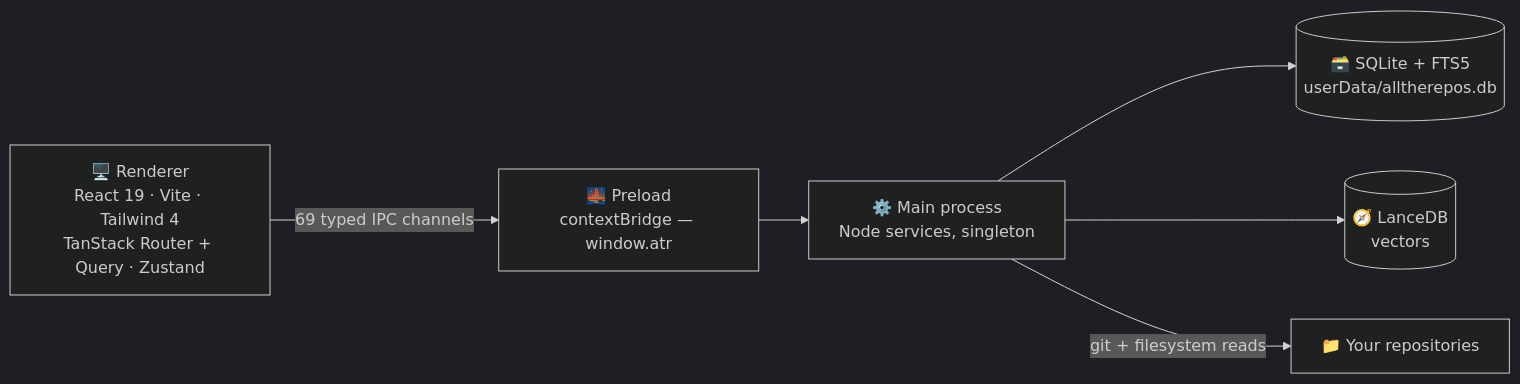
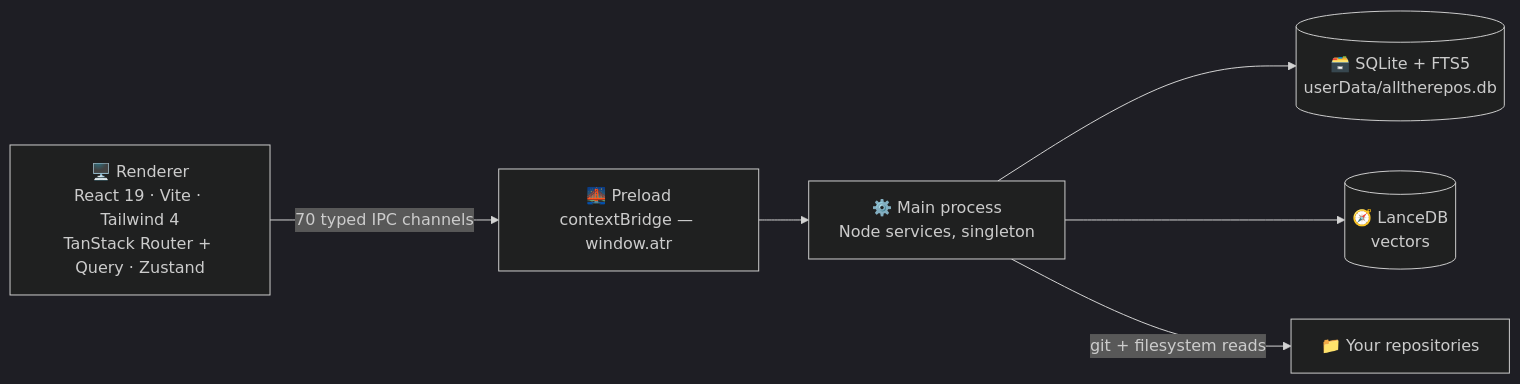
The diagram in README.md (ivy00johns/AllTheRepos), drawn with Mermaid (dark theme) before and after one commit. The commit also changed other lines of this file and 14 other files, not shown here.

````diff
--- a/README.md
+++ b/README.md
@@ -117,15 +117,15 @@
 ```mermaid
 flowchart LR
     ui["🖥️ Renderer<br/>React 19 · Vite · Tailwind 4<br/>TanStack Router + Query · Zustand"]
     bridge["🌉 Preload<br/>contextBridge — window.atr"]
     main["⚙️ Main process<br/>Node services, singleton"]
     db[("🗃️ SQLite + FTS5<br/>userData/alltherepos.db")]
     lance[("🧭 LanceDB<br/>vectors")]
     disk["📁 Your repositories"]
 
-    ui -- "69 typed IPC channels" --> bridge
+    ui -- "70 typed IPC channels" --> bridge
     bridge --> main
     main --> db
     main --> lance
     main -- "git + filesystem reads" --> disk
 ```
````
